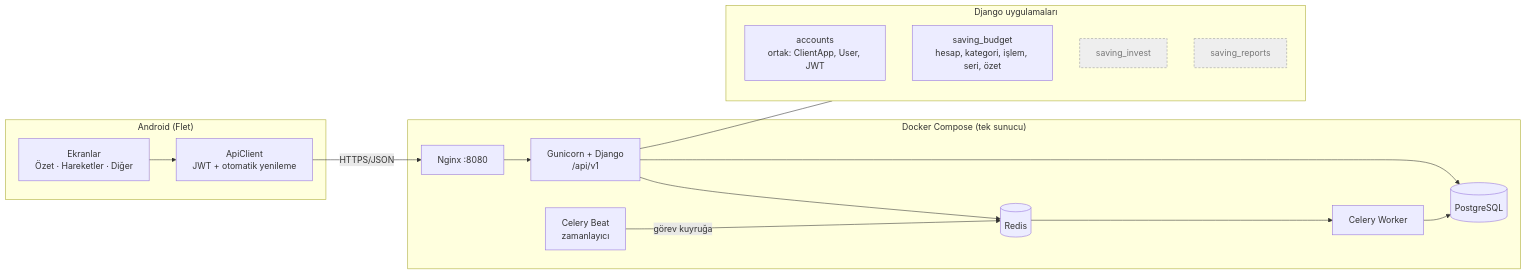
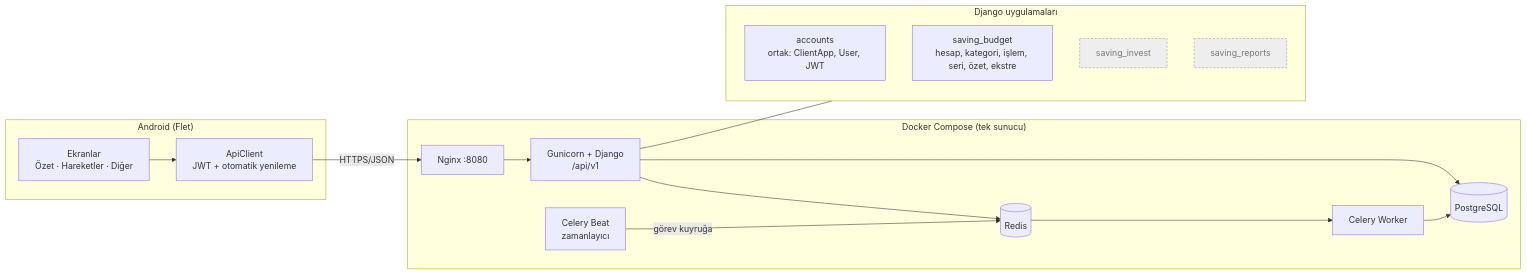
One commit to anilcelik0/saving changed the first of 9 diagrams in docs/FLOW.md. Above: the diagram before and after it, drawn with Mermaid. The commit also changed other lines of this file and 30 other files, not shown here.

````diff
--- a/docs/FLOW.md
+++ b/docs/FLOW.md
@@ -12,36 +12,36 @@
 ```mermaid
 flowchart LR
     subgraph Mobil["Android (Flet)"]
         UI[Ekranlar<br/>Özet · Hareketler · Diğer]
         API[ApiClient<br/>JWT + otomatik yenileme]
         UI --> API
     end
 
     subgraph Sunucu["Docker Compose (tek sunucu)"]
         NGINX[Nginx :8080]
         WEB[Gunicorn + Django<br/>/api/v1]
         DB[(PostgreSQL)]
         REDIS[(Redis)]
         BEAT[Celery Beat<br/>zamanlayıcı]
         WORKER[Celery Worker]
 
         NGINX --> WEB
         WEB --> DB
         WEB --> REDIS
         BEAT -->|görev kuyruğa| REDIS
         REDIS --> WORKER
         WORKER --> DB
     end
 
     API -->|HTTPS/JSON| NGINX
 
     subgraph Apps["Django uygulamaları"]
         ACC[accounts<br/>ortak: ClientApp, User, JWT]
-        BUD[saving_budget<br/>hesap, kategori, işlem, seri, özet]
+        BUD[saving_budget<br/>hesap, kategori, işlem, seri, özet, ekstre]
         INV[saving_invest]:::todo
         REP[saving_reports]:::todo
     end
     WEB --- Apps
 
     classDef todo fill:#eee,stroke:#999,stroke-dasharray:4 3,color:#777
 ```
````
